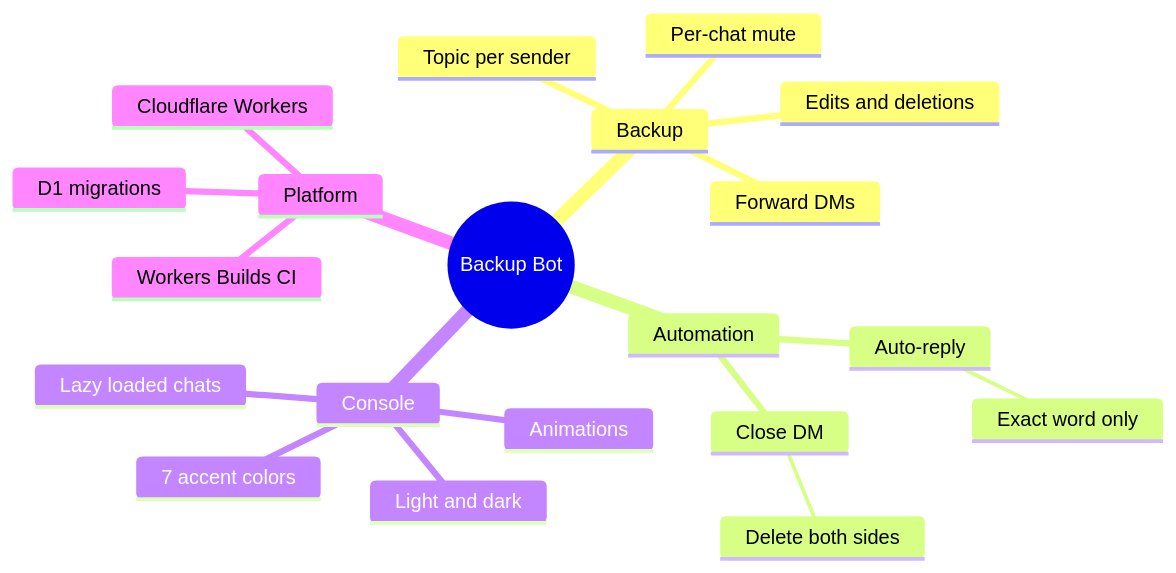
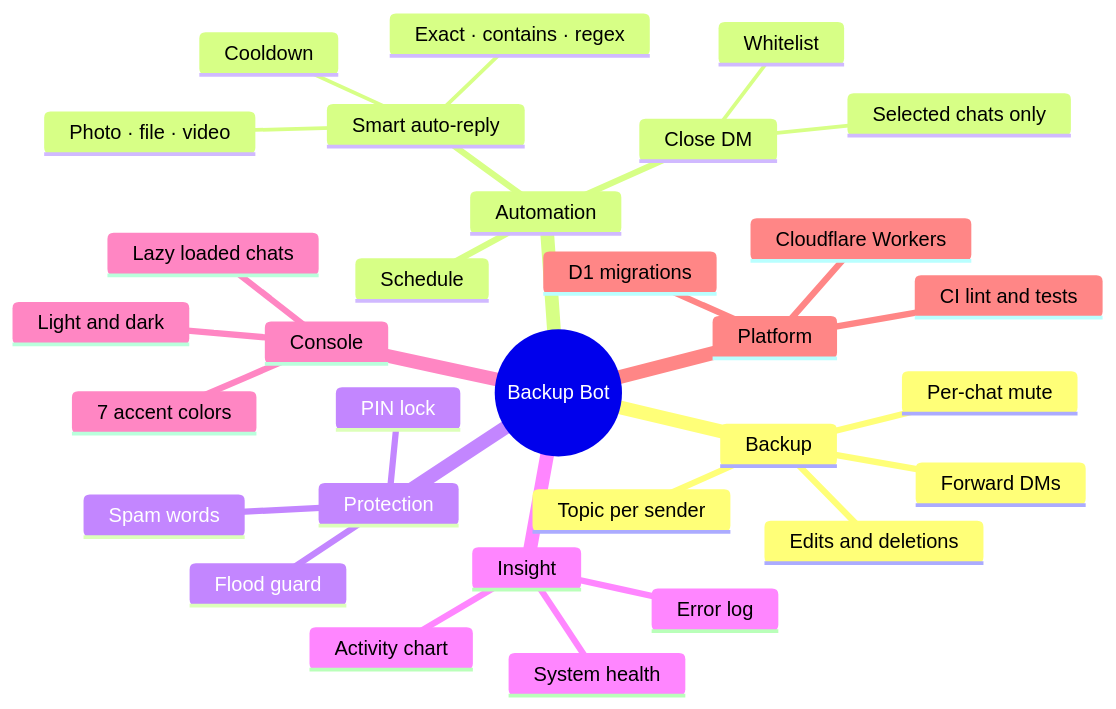
The fourth of 6 diagrams in README.md (imhamiddev/Telegram-account-manager), drawn with Mermaid before and after one commit. The commit also changed other lines of this file, not shown here.

Commit message:
docs(readme): refreshed flow chart, mind map, ER diagram, testing and CI sections

````diff
--- a/README.md
+++ b/README.md
@@ -156,23 +164,34 @@
 ```mermaid
 mindmap
   root((Backup Bot))
     Backup
       Forward DMs
       Edits and deletions
       Topic per sender
       Per-chat mute
     Automation
-      Auto-reply
-        Exact word only
+      Smart auto-reply
+        Exact · contains · regex
+        Cooldown
+        Photo · file · video
       Close DM
-        Delete both sides
+        Whitelist
+        Selected chats only
+      Schedule
+    Protection
+      Spam words
+      Flood guard
+      PIN lock
+    Insight
+      Activity chart
+      System health
+      Error log
     Console
       Light and dark
       7 accent colors
       Lazy loaded chats
-      Animations
     Platform
       Cloudflare Workers
       D1 migrations
-      Workers Builds CI
+      CI lint and tests
 ```
````
